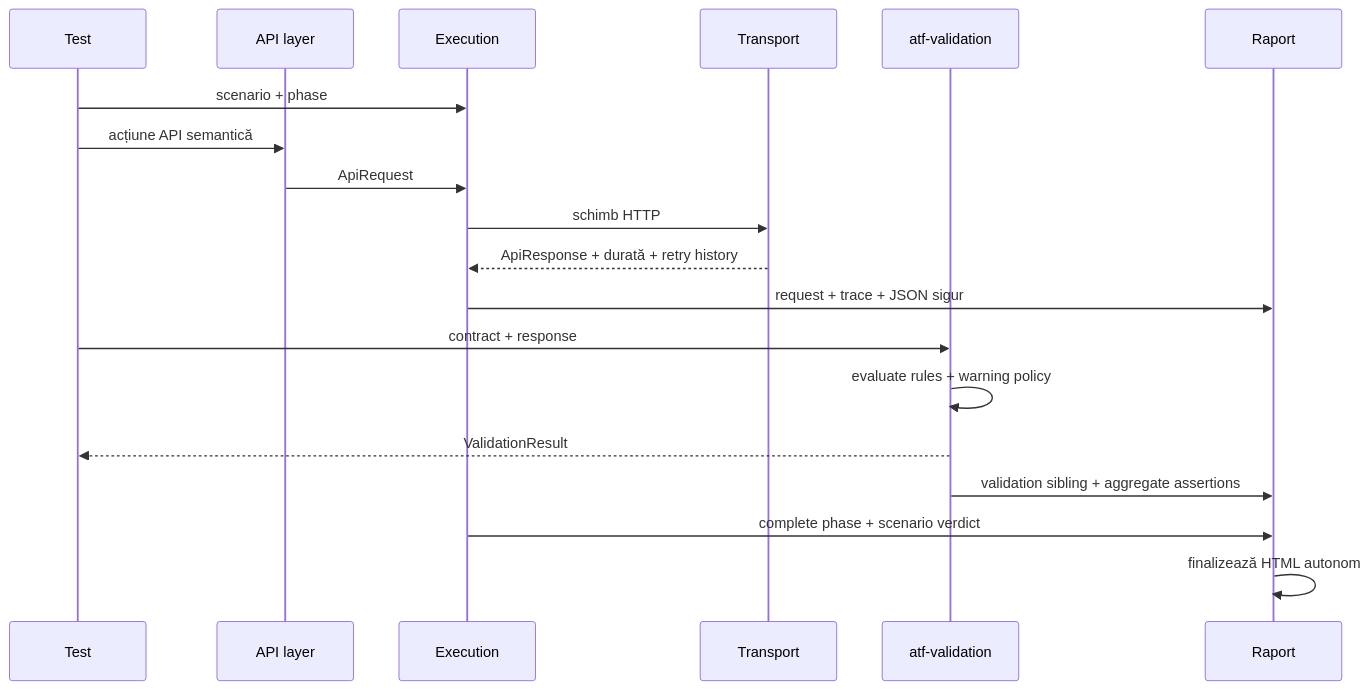
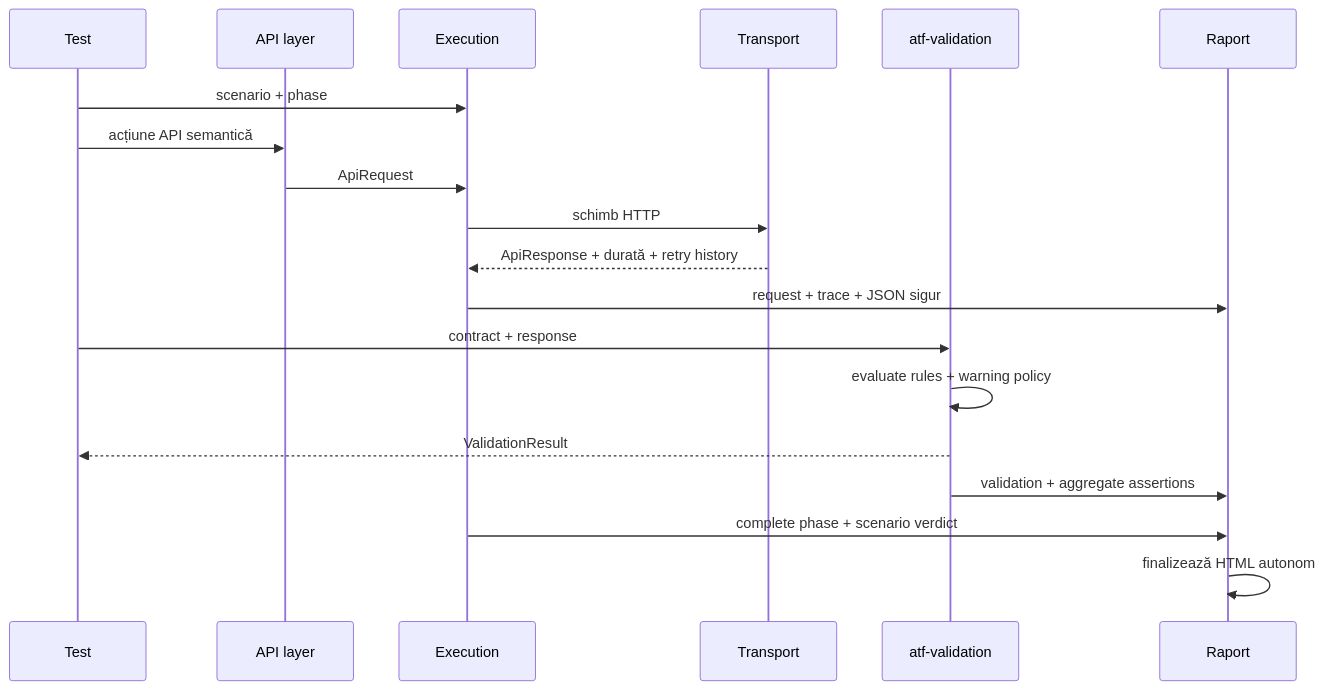
The third of 10 diagrams in docs/ATF_Architecture.md (crististefanita/demo2), drawn with Mermaid before and after one commit. The commit also changed 65 other files, not shown here.

````diff
--- a/docs/ATF_Architecture.md
+++ b/docs/ATF_Architecture.md
@@ -226,23 +226,23 @@
 ```mermaid
 %%{init: {"themeVariables": {"fontSize": "16px"}}}%%
 sequenceDiagram
     participant T as Test
     participant M as API layer
     participant E as Execution
     participant H as Transport
     participant V as atf-validation
     participant R as Raport
 
     T->>E: scenario + phase
     T->>M: acțiune API semantică
     M->>E: ApiRequest
     E->>H: schimb HTTP
     H-->>E: ApiResponse + durată + retry history
     E->>R: request + trace + JSON sigur
     T->>V: contract + response
     V->>V: evaluate rules + warning policy
     V-->>T: ValidationResult
-    V->>R: validation sibling + aggregate assertions
+    V->>R: validation + aggregate assertions
     E->>R: complete phase + scenario verdict
     R->>R: finalizează HTML autonom
 ```
````
